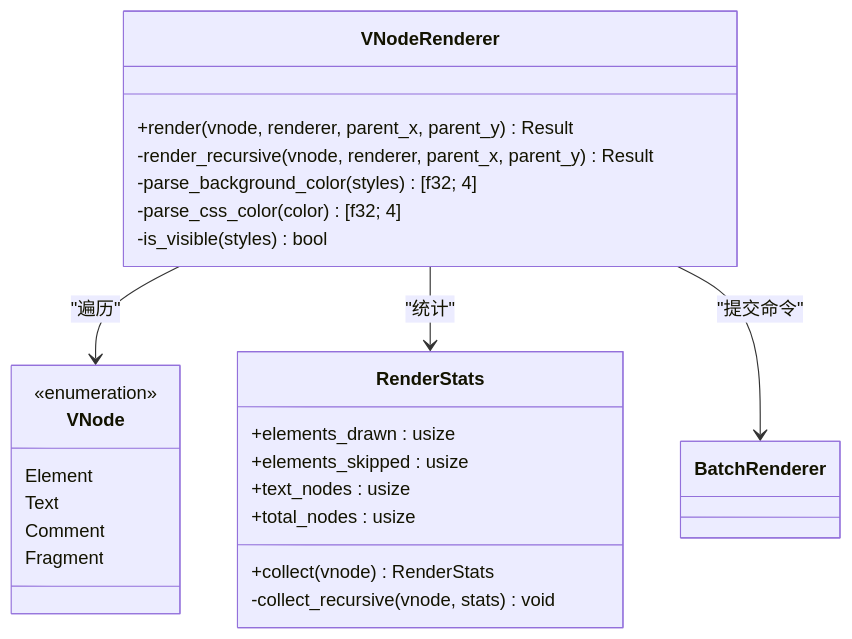
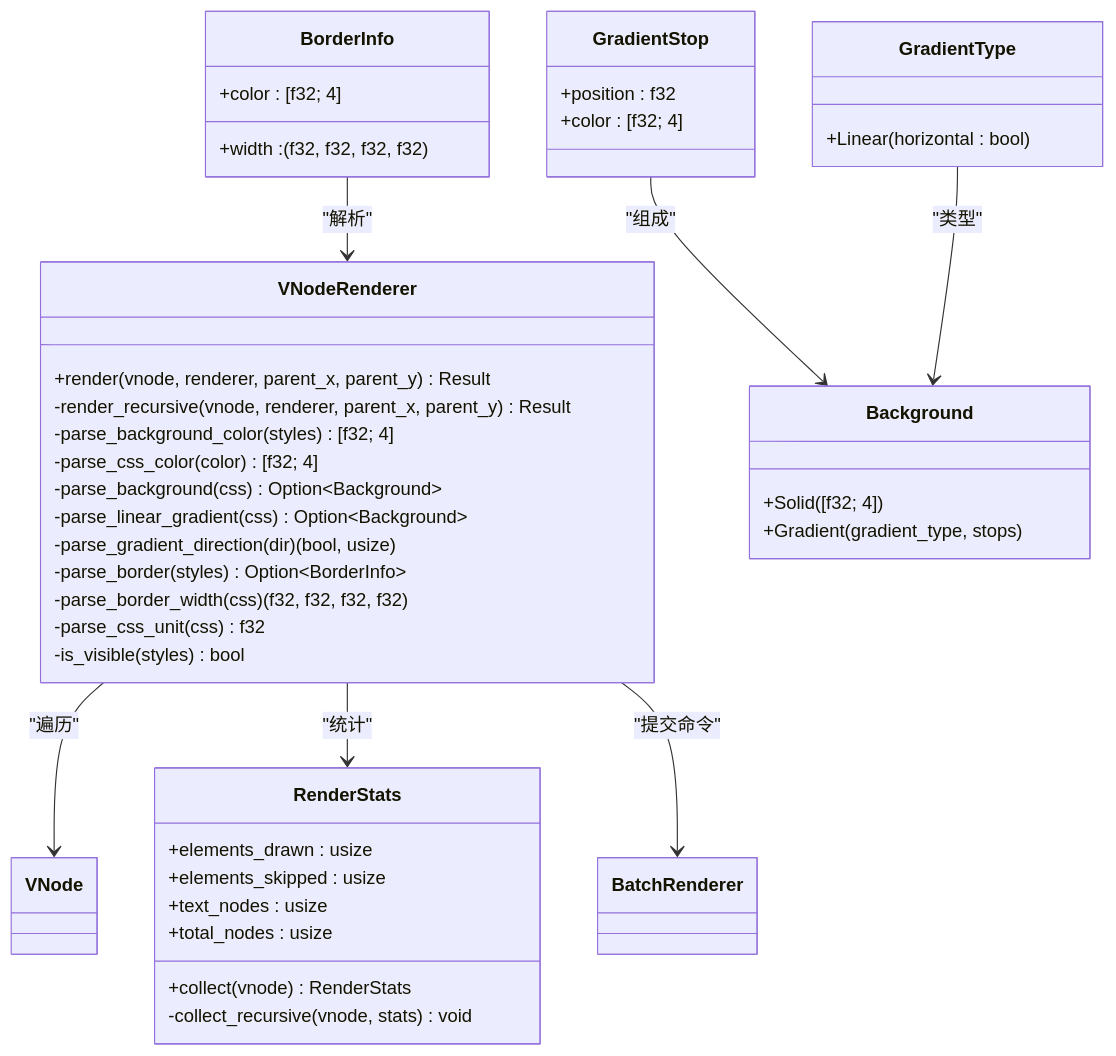
One commit to itszzl-sudo/iris changed the third of 10 diagrams in .qoder/repowiki/zh/content/技术架构详解/WebGPU渲染引擎/VNode GPU渲染器模块.md. Above: the diagram before and after it, drawn with Mermaid. The commit also changed other lines of this file and 2 other files, not shown here.

Commit message:
feat: text rendering foundation - 38 tests pass

````diff
--- a/.qoder/repowiki/zh/content/技术架构详解/WebGPU渲染引擎/VNode GPU渲染器模块.md
+++ b/.qoder/repowiki/zh/content/技术架构详解/WebGPU渲染引擎/VNode GPU渲染器模块.md
@@ -139,28 +165,45 @@
 ```mermaid
 classDiagram
 class VNodeRenderer {
 +render(vnode, renderer, parent_x, parent_y) Result
 -render_recursive(vnode, renderer, parent_x, parent_y) Result
 -parse_background_color(styles) [f32; 4]
 -parse_css_color(color) [f32; 4]
+-parse_background(css) Option~Background~
+-parse_linear_gradient(css) Option~Background~
+-parse_gradient_direction(dir) (bool, usize)
+-parse_border(styles) Option~BorderInfo~
+-parse_border_width(css) (f32, f32, f32, f32)
+-parse_css_unit(css) f32
 -is_visible(styles) bool
 }
 class RenderStats {
 +elements_drawn : usize
 +elements_skipped : usize
 +text_nodes : usize
 +total_nodes : usize
 +collect(vnode) RenderStats
 -collect_recursive(vnode, stats) void
 }
-class VNode {
-<<enumeration>>
-Element
-Text
-Comment
-Fragment
+class GradientStop {
++position : f32
++color : [f32; 4]
+}
+class GradientType {
++Linear(horizontal : bool)
+}
+class Background {
++Solid([f32; 4])
++Gradient(gradient_type, stops)
+}
+class BorderInfo {
++width : (f32, f32, f32, f32)
++color : [f32; 4]
 }
 VNodeRenderer --> VNode : "遍历"
 VNodeRenderer --> RenderStats : "统计"
 VNodeRenderer --> BatchRenderer : "提交命令"
+GradientStop --> Background : "组成"
+GradientType --> Background : "类型"
+BorderInfo --> VNodeRenderer : "解析"
 ```
````
